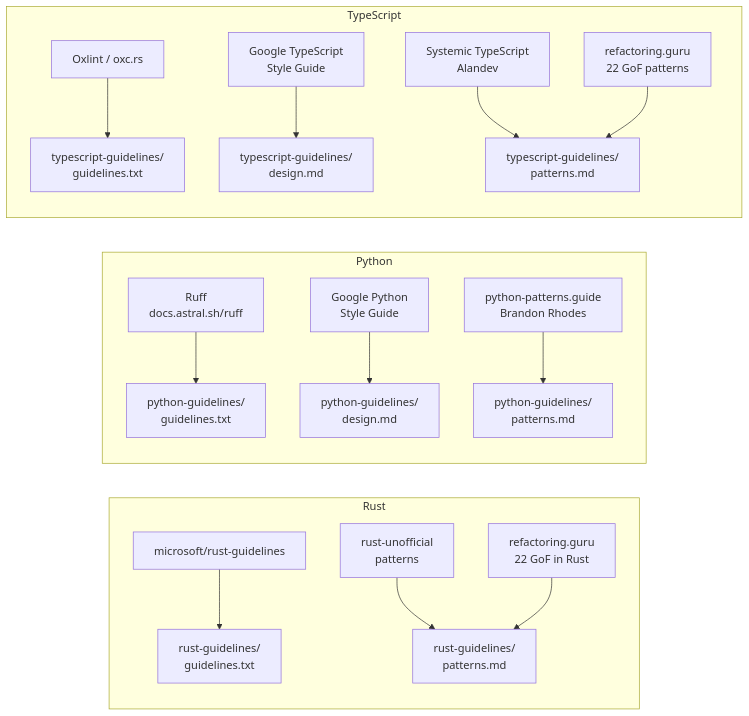
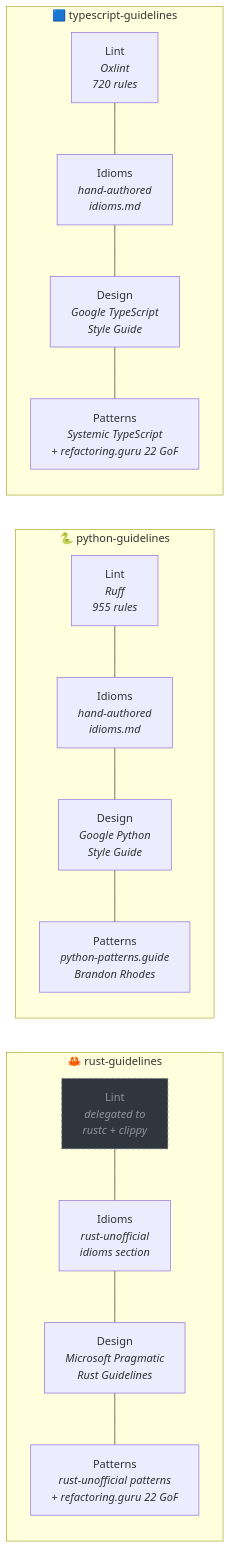
The second of 2 diagrams in README.md (youssef-tharwat/lang-guidelines), drawn with Mermaid before and after one commit. The commit also changed other lines of this file, not shown here.

First line of the commit message:
docs: redesign mermaids — conceptual layers + per-skill breakdown

````diff
--- a/README.md
+++ b/README.md
@@ -55,19 +53,31 @@
 ```mermaid
 flowchart LR
-    subgraph Rust
-        R1[microsoft/rust-guidelines] --> RG[rust-guidelines/<br/>guidelines.txt]
-        R2[rust-unofficial<br/>patterns] --> RP[rust-guidelines/<br/>patterns.md]
-        R3[refactoring.guru<br/>22 GoF in Rust] --> RP
+    subgraph Rust["🦀 rust-guidelines"]
+        direction TB
+        R_L1[Lint<br/><i>delegated to<br/>rustc + clippy</i>]:::delegate
+        R_L2[Idioms<br/><i>rust-unofficial<br/>idioms section</i>]
+        R_L3[Design<br/><i>Microsoft Pragmatic<br/>Rust Guidelines</i>]
+        R_L4[Patterns<br/><i>rust-unofficial patterns<br/>+ refactoring.guru 22 GoF</i>]
+        R_L1 --- R_L2 --- R_L3 --- R_L4
     end
-    subgraph Python
-        P1[Ruff<br/>docs.astral.sh/ruff] --> PG[python-guidelines/<br/>guidelines.txt]
-        P2[Google Python<br/>Style Guide] --> PD[python-guidelines/<br/>design.md]
-        P3[python-patterns.guide<br/>Brandon Rhodes] --> PP[python-guidelines/<br/>patterns.md]
+
+    subgraph Python["🐍 python-guidelines"]
+        direction TB
+        P_L1[Lint<br/><i>Ruff<br/>955 rules</i>]
+        P_L2[Idioms<br/><i>hand-authored<br/>idioms.md</i>]
+        P_L3[Design<br/><i>Google Python<br/>Style Guide</i>]
+        P_L4[Patterns<br/><i>python-patterns.guide<br/>Brandon Rhodes</i>]
+        P_L1 --- P_L2 --- P_L3 --- P_L4
     end
-    subgraph TypeScript
-        T1[Oxlint / oxc.rs] --> TG[typescript-guidelines/<br/>guidelines.txt]
-        T2[Google TypeScript<br/>Style Guide] --> TD[typescript-guidelines/<br/>design.md]
-        T3[Systemic TypeScript<br/>Alandev] --> TP[typescript-guidelines/<br/>patterns.md]
-        T4[refactoring.guru<br/>22 GoF patterns] --> TP
+
+    subgraph TypeScript["🟦 typescript-guidelines"]
+        direction TB
+        T_L1[Lint<br/><i>Oxlint<br/>720 rules</i>]
+        T_L2[Idioms<br/><i>hand-authored<br/>idioms.md</i>]
+        T_L3[Design<br/><i>Google TypeScript<br/>Style Guide</i>]
+        T_L4[Patterns<br/><i>Systemic TypeScript<br/>+ refactoring.guru 22 GoF</i>]
+        T_L1 --- T_L2 --- T_L3 --- T_L4
     end
+
+    classDef delegate fill:#30363d,stroke:#6e7681,color:#8b949e,stroke-dasharray:4 4
 ```
````
